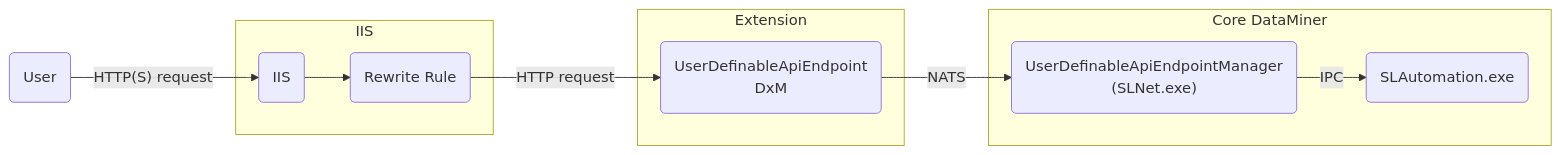
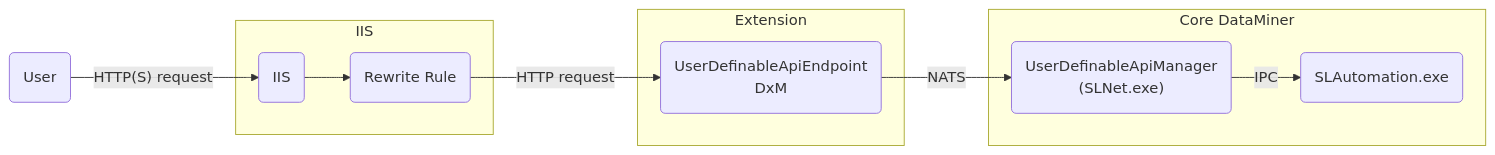
The diagram in user-guide/Advanced_Modules/User Defined APIs/UD_APIs_Troubleshooting.md (SkylineCommunications/dataminer-docs), drawn with Mermaid before and after one commit.

Commit message:
Small fix to the User-Defined API troubleshooting page

````diff
--- a/user-guide/Advanced_Modules/User Defined APIs/UD_APIs_Troubleshooting.md
+++ b/user-guide/Advanced_Modules/User Defined APIs/UD_APIs_Troubleshooting.md
@@ -29,14 +29,14 @@
 ```mermaid
 flowchart LR
 client("User") -- "HTTP(S) request" --> a
 subgraph "IIS"
     a("IIS") --> b("Rewrite Rule")
 end
 subgraph "Extension"
     b -- HTTP request --> c("UserDefinableApiEndpoint\nDxM")
 end
 subgraph "Core DataMiner"
-    c -- NATS --> d("UserDefinableApiEndpointManager\n(SLNet.exe)") 
+    c -- NATS --> d("UserDefinableApiManager\n(SLNet.exe)") 
     d -- IPC --> e("SLAutomation.exe")
 end
 ```
````
